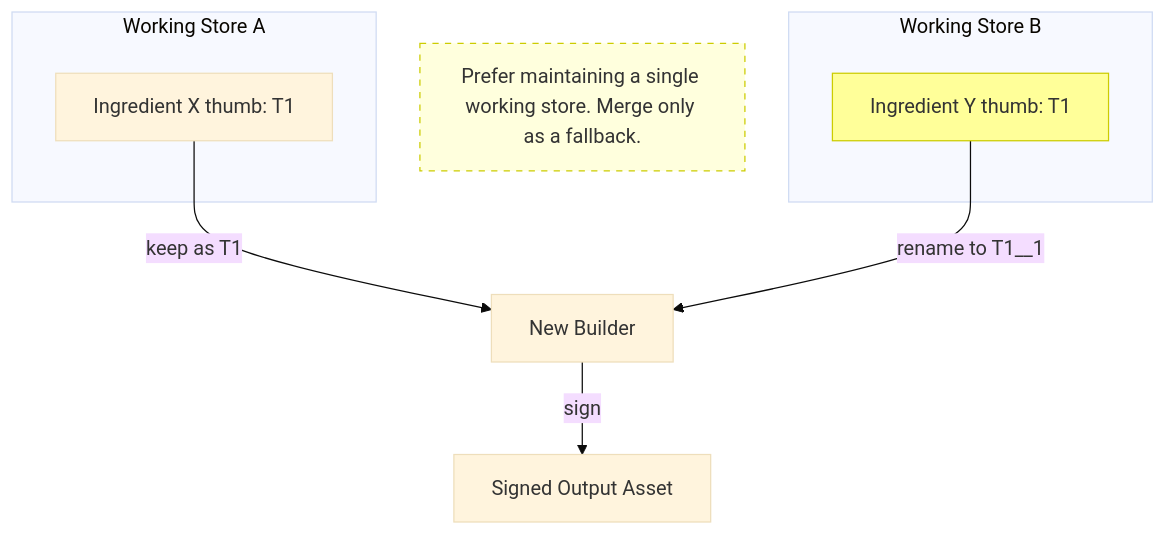
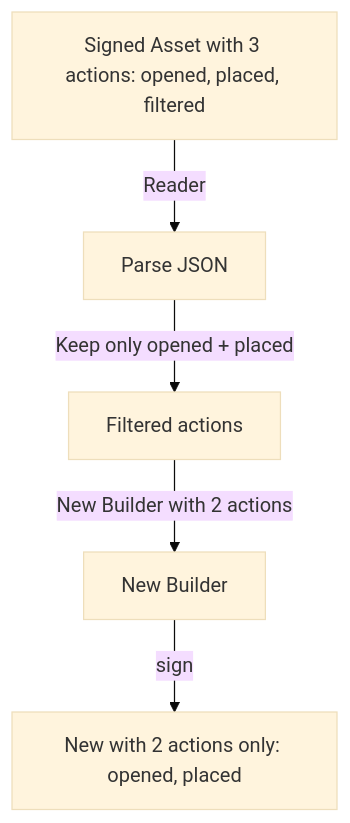
One commit to contentauth/c2pa-c changed the sixth of 9 diagrams in docs/selective-manifests.md. Above: the diagram before and after it, drawn with Mermaid (base theme). The commit also changed other lines of this file and 1 other file, not shown here.

````diff
--- a/docs/selective-manifests.md
+++ b/docs/selective-manifests.md
@@ -350,16 +849,7 @@
 ```mermaid
 flowchart TD
-    subgraph WS1["Working Store A"]
-        IX[Ingredient X thumb: T1]
-    end
-    subgraph WS2["Working Store B"]
-        IY[Ingredient Y thumb: T1]
-    end
-    IX -->|"keep as T1"| NB[New Builder]
-    IY -->|"rename to T1__1"| NB
-    NB -->|sign| OUT[Signed Output Asset]
-    style IY fill:#ff9,stroke:#cc0
-
-    NOTE["Prefer maintaining a single working store. Merge only as a fallback."]
-    style NOTE fill:#ffd,stroke:#cc0,stroke-dasharray: 5 5
+    SA["Signed Asset with 3 actions: opened, placed, filtered"] -->|Reader| JSON[Parse JSON]
+    JSON -->|"Keep only opened + placed"| FILT[Filtered actions]
+    FILT -->|"New Builder with 2 actions"| NB[New Builder]
+    NB -->|sign| OUT["New with 2 actions only: opened, placed"]
 ```
````
